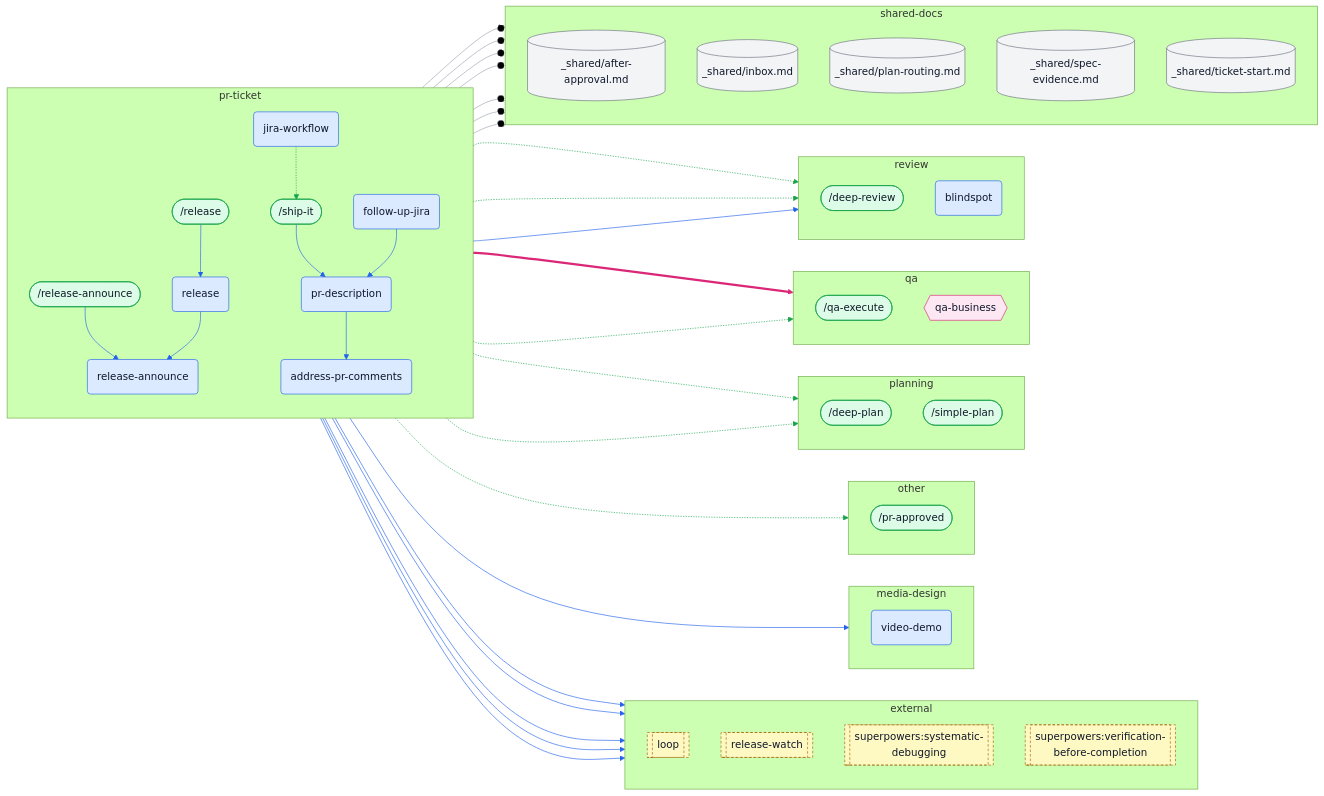
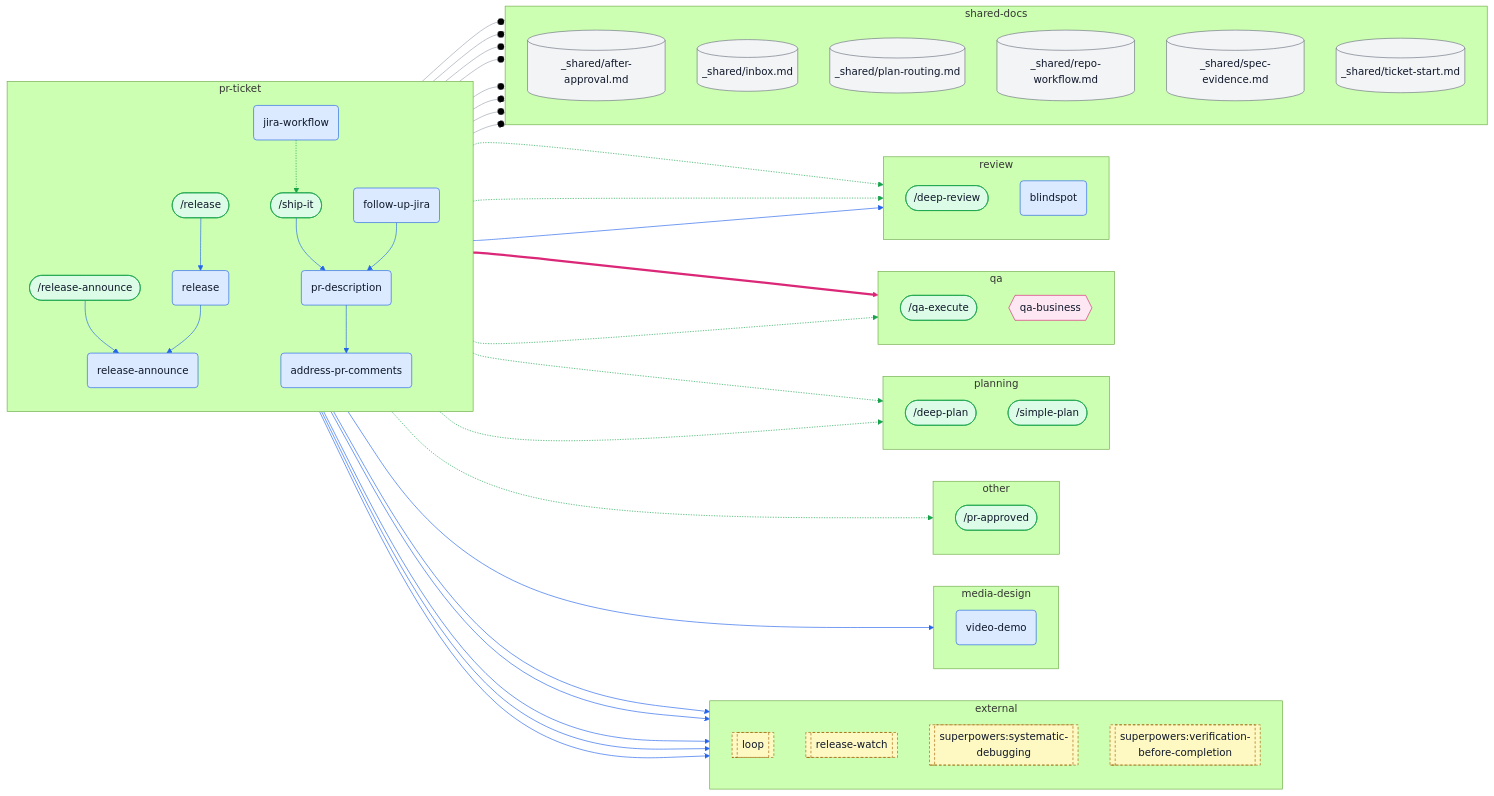
One commit to ybarsotti/dotfiles changed the fifth of 10 diagrams in docs/skills-map.md. Above: the diagram before and after it, drawn with Mermaid (forest theme). The commit also changed other lines of this file and 3 other files, not shown here.

```diff
--- a/docs/skills-map.md
+++ b/docs/skills-map.md
@@ -618,6 +636,7 @@
     d_after_approval[("_shared/after-approval.md")]:::shared
     d_inbox[("_shared/inbox.md")]:::shared
     d_plan_routing[("_shared/plan-routing.md")]:::shared
+    d_repo_workflow[("_shared/repo-workflow.md")]:::shared
     d_spec_evidence[("_shared/spec-evidence.md")]:::shared
     d_ticket_start[("_shared/ticket-start.md")]:::shared
   end
@@ -640,6 +659,7 @@
   s_pr_description -.-> c_qa_execute
   s_pr_description --o d_after_approval
   s_pr_description --o d_inbox
+  s_pr_description --o d_repo_workflow
   s_pr_description --o d_spec_evidence
   s_pr_description --> s_address_pr_comments
   s_pr_description --> s_blindspot
@@ -669,14 +689,15 @@
   linkStyle 17 stroke:#9ca3af
   linkStyle 18 stroke:#9ca3af
   linkStyle 19 stroke:#9ca3af
-  linkStyle 20 stroke:#2563eb
+  linkStyle 20 stroke:#9ca3af
   linkStyle 21 stroke:#2563eb
   linkStyle 22 stroke:#2563eb
   linkStyle 23 stroke:#2563eb
   linkStyle 24 stroke:#2563eb
   linkStyle 25 stroke:#2563eb
   linkStyle 26 stroke:#2563eb
-  linkStyle 27 stroke:#9ca3af
+  linkStyle 27 stroke:#2563eb
+  linkStyle 28 stroke:#9ca3af
   classDef skill fill:#dbeafe,stroke:#2563eb,color:#0f172a
   classDef command fill:#dcfce7,stroke:#16a34a,color:#0f172a
   classDef agent fill:#fce7f3,stroke:#db2777,color:#0f172a
```
